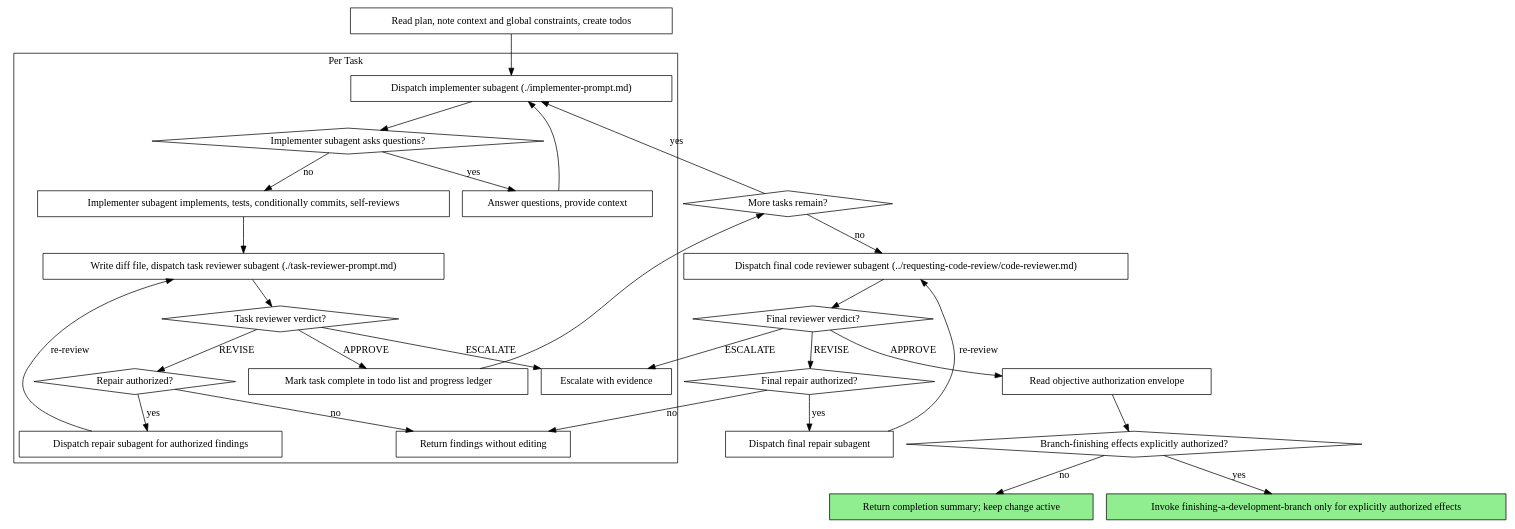
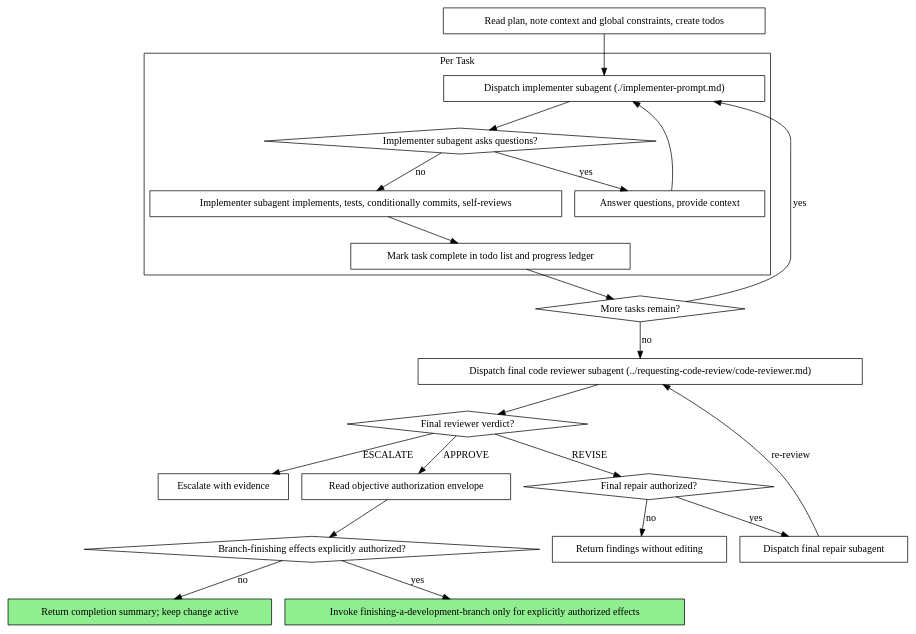
One commit to asjayli/Forgevia changed the second of 2 diagrams in assets/claude/superpowers/skills/subagent-driven-development/SKILL.md. Above: the diagram before and after it, drawn with Graphviz. The commit also changed other lines of this file and 22 other files, not shown here.

````diff
--- a/assets/claude/superpowers/skills/subagent-driven-development/SKILL.md
+++ b/assets/claude/superpowers/skills/subagent-driven-development/SKILL.md
@@ -63,58 +63,47 @@
 ```dot
 digraph process {
     rankdir=TB;
 
     subgraph cluster_per_task {
         label="Per Task";
         "Dispatch implementer subagent (./implementer-prompt.md)" [shape=box];
         "Implementer subagent asks questions?" [shape=diamond];
         "Answer questions, provide context" [shape=box];
         "Implementer subagent implements, tests, conditionally commits, self-reviews" [shape=box];
-        "Write diff file, dispatch task reviewer subagent (./task-reviewer-prompt.md)" [shape=box];
-        "Task reviewer verdict?" [shape=diamond];
-        "Repair authorized?" [shape=diamond];
-        "Dispatch repair subagent for authorized findings" [shape=box];
-        "Return findings without editing" [shape=box];
-        "Escalate with evidence" [shape=box];
         "Mark task complete in todo list and progress ledger" [shape=box];
     }
 
     "Read plan, note context and global constraints, create todos" [shape=box];
     "More tasks remain?" [shape=diamond];
     "Dispatch final code reviewer subagent (../requesting-code-review/code-reviewer.md)" [shape=box];
     "Final reviewer verdict?" [shape=diamond];
     "Final repair authorized?" [shape=diamond];
     "Dispatch final repair subagent" [shape=box];
+    "Return findings without editing" [shape=box];
+    "Escalate with evidence" [shape=box];
     "Read objective authorization envelope" [shape=box];
     "Branch-finishing effects explicitly authorized?" [shape=diamond];
     "Return completion summary; keep change active" [shape=box style=filled fillcolor=lightgreen];
     "Invoke finishing-a-development-branch only for explicitly authorized effects" [shape=box style=filled fillcolor=lightgreen];
 
     "Read plan, note context and global constraints, create todos" -> "Dispatch implementer subagent (./implementer-prompt.md)";
     "Dispatch implementer subagent (./implementer-prompt.md)" -> "Implementer subagent asks questions?";
     "Implementer subagent asks questions?" -> "Answer questions, provide context" [label="yes"];
     "Answer questions, provide context" -> "Dispatch implementer subagent (./implementer-prompt.md)";
     "Implementer subagent asks questions?" -> "Implementer subagent implements, tests, conditionally commits, self-reviews" [label="no"];
-    "Implementer subagent implements, tests, conditionally commits, self-reviews" -> "Write diff file, dispatch task reviewer subagent (./task-reviewer-prompt.md)";
-    "Write diff file, dispatch task reviewer subagent (./task-reviewer-prompt.md)" -> "Task reviewer verdict?";
-    "Task reviewer verdict?" -> "Repair authorized?" [label="REVISE"];
-    "Repair authorized?" -> "Dispatch repair subagent for authorized findings" [label="yes"];
-    "Repair authorized?" -> "Return findings without editing" [label="no"];
-    "Task reviewer verdict?" -> "Escalate with evidence" [label="ESCALATE"];
-    "Dispatch repair subagent for authorized findings" -> "Write diff file, dispatch task reviewer subagent (./task-reviewer-prompt.md)" [label="re-review"];
-    "Task reviewer verdict?" -> "Mark task complete in todo list and progress ledger" [label="APPROVE"];
+    "Implementer subagent implements, tests, conditionally commits, self-reviews" -> "Mark task complete in todo list and progress ledger";
     "Mark task complete in todo list and progress ledger" -> "More tasks remain?";
     "More tasks remain?" -> "Dispatch implementer subagent (./implementer-prompt.md)" [label="yes"];
     "More tasks remain?" -> "Dispatch final code reviewer subagent (../requesting-code-review/code-reviewer.md)" [label="no"];
     "Dispatch final code reviewer subagent (../requesting-code-review/code-reviewer.md)" -> "Final reviewer verdict?";
     "Final reviewer verdict?" -> "Read objective authorization envelope" [label="APPROVE"];
     "Read objective authorization envelope" -> "Branch-finishing effects explicitly authorized?";
     "Branch-finishing effects explicitly authorized?" -> "Invoke finishing-a-development-branch only for explicitly authorized effects" [label="yes"];
     "Branch-finishing effects explicitly authorized?" -> "Return completion summary; keep change active" [label="no"];
     "Final reviewer verdict?" -> "Final repair authorized?" [label="REVISE"];
     "Final reviewer verdict?" -> "Escalate with evidence" [label="ESCALATE"];
     "Final repair authorized?" -> "Dispatch final repair subagent" [label="yes"];
     "Final repair authorized?" -> "Return findings without editing" [label="no"];
     "Dispatch final repair subagent" -> "Dispatch final code reviewer subagent (../requesting-code-review/code-reviewer.md)" [label="re-review"];
 }
 ```
````
